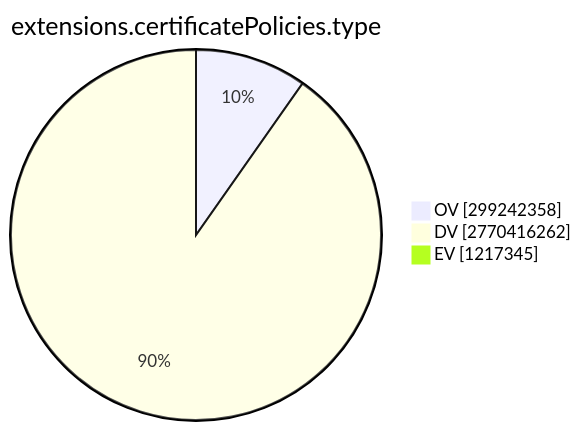
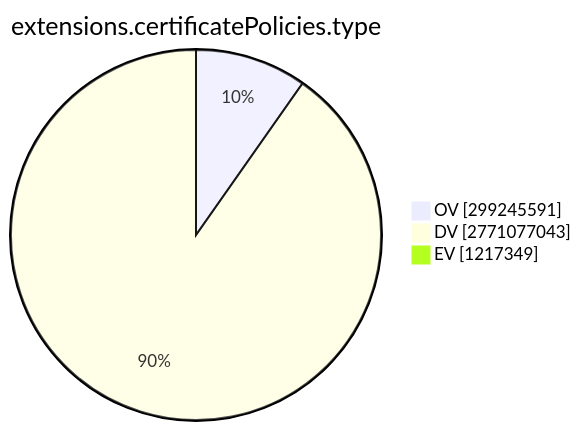
Before and after one commit to christiankrug/ctmonitor_visualization: the ninth of 15 diagrams in TOTAL/README.md, drawn with Mermaid. The commit also changed other lines of this file, not shown here.

````diff
--- a/TOTAL/README.md
+++ b/TOTAL/README.md
@@ -3101,7 +3101,7 @@
 ```mermaid
 pie showData
 title extensions.certificatePolicies.type
-"OV" :299242358
-"DV" :2770416262
-"EV" :1217345
+"OV" :299245591
+"DV" :2771077043
+"EV" :1217349
 ```
````
